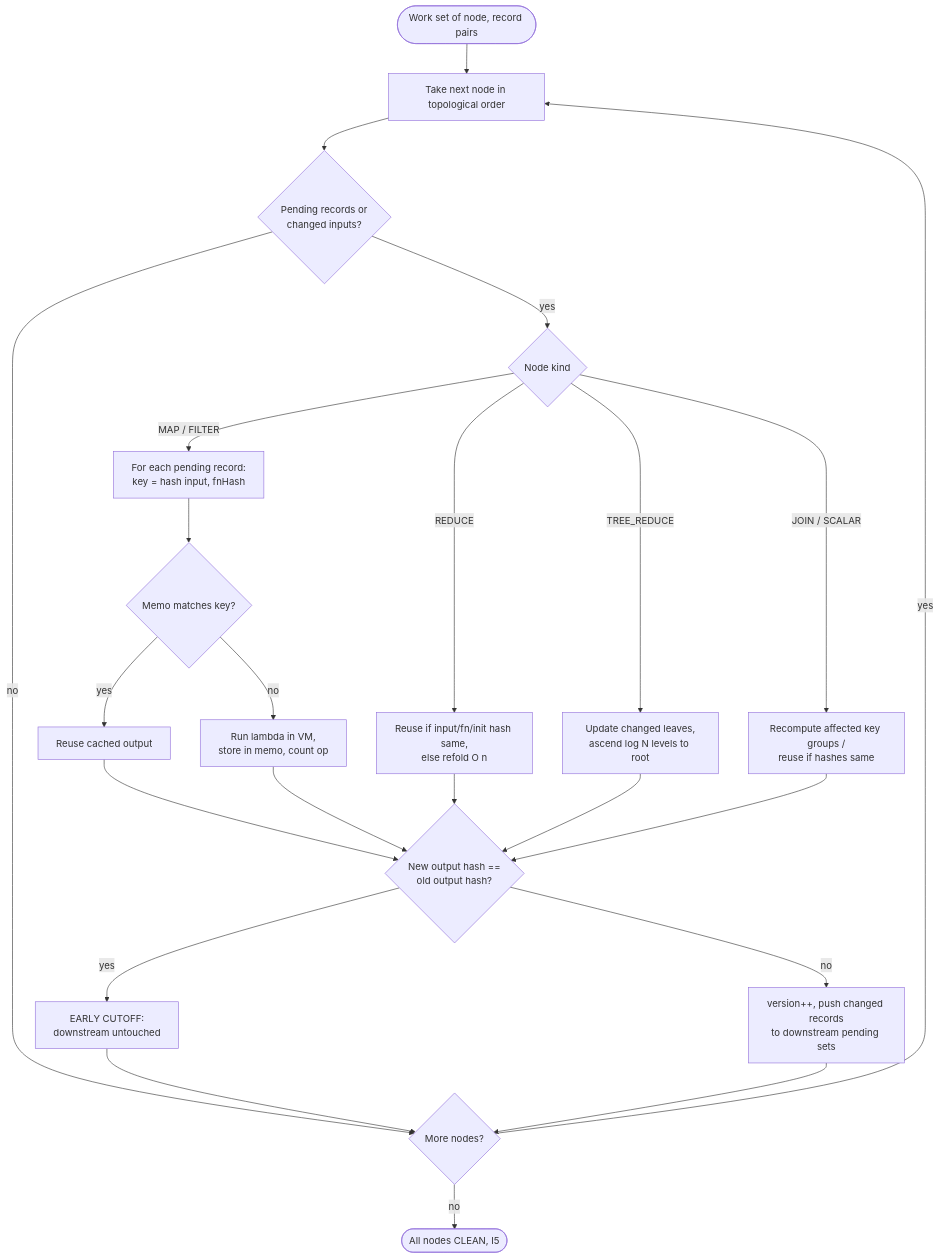
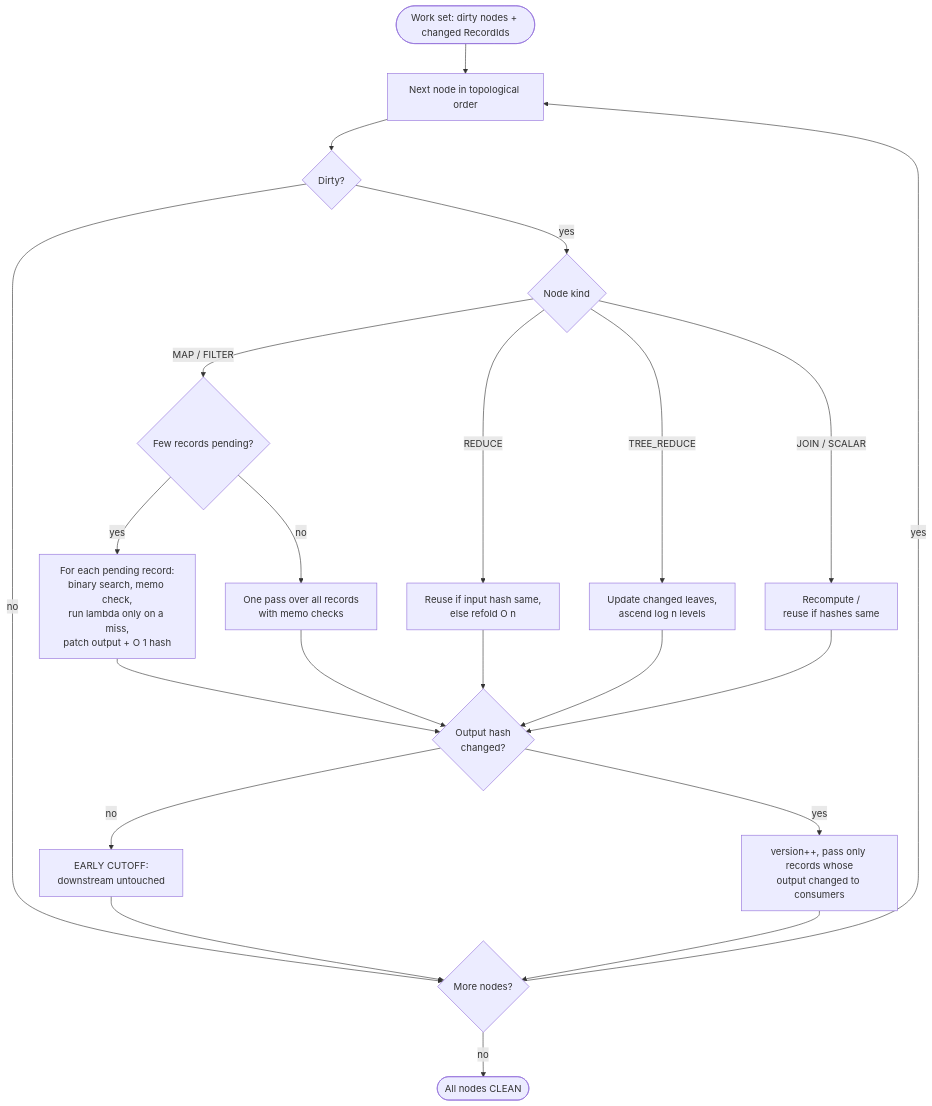
Before and after one commit to sudeep-codes/RetroC: the second of 3 diagrams in PROJECT_REPORT.md, drawn with Mermaid. The commit also changed other lines of this file and 5 other files, not shown here.

````diff
--- a/PROJECT_REPORT.md
+++ b/PROJECT_REPORT.md
@@ -267,27 +262,26 @@
 ```mermaid
 flowchart TD
-    S([Work set of node, record pairs]) --> N[Take next node in topological order]
-    N --> W{Pending records or<br/>changed inputs?}
+    S([Work set: dirty nodes + changed RecordIds]) --> N[Next node in topological order]
+    N --> W{Dirty?}
     W -- no --> NX
     W -- yes --> T{Node kind}
-    T -- MAP / FILTER --> R1[For each pending record:<br/>key = hash input, fnHash]
-    R1 --> R2{Memo matches key?}
-    R2 -- yes --> R3[Reuse cached output]
-    R2 -- no --> R4[Run lambda in VM,<br/>store in memo, count op]
-    T -- REDUCE --> RD[Reuse if input/fn/init hash same,<br/>else refold O n]
-    T -- TREE_REDUCE --> TR[Update changed leaves,<br/>ascend log N levels to root]
-    T -- JOIN / SCALAR --> JS[Recompute affected key groups /<br/>reuse if hashes same]
-    R3 --> H
-    R4 --> H
+    T -- MAP / FILTER --> F1{Few records pending?}
+    F1 -- yes --> P1[For each pending record:<br/>binary search, memo check,<br/>run lambda only on a miss,<br/>patch output + O 1 hash]
+    F1 -- no --> P2[One pass over all records<br/>with memo checks]
+    T -- REDUCE --> RD[Reuse if input hash same,<br/>else refold O n]
+    T -- TREE_REDUCE --> TR[Update changed leaves,<br/>ascend log n levels]
+    T -- JOIN / SCALAR --> JS[Recompute /<br/>reuse if hashes same]
+    P1 --> H
+    P2 --> H
     RD --> H
     TR --> H
     JS --> H
-    H{New output hash ==<br/>old output hash?}
-    H -- yes --> CUT[EARLY CUTOFF:<br/>downstream untouched]
-    H -- no --> V[version++, push changed records<br/>to downstream pending sets]
+    H{Output hash<br/>changed?}
+    H -- no --> CUT[EARLY CUTOFF:<br/>downstream untouched]
+    H -- yes --> V[version++, pass only records whose<br/>output changed to consumers]
     CUT --> NX
     V --> NX
     NX{More nodes?}
     NX -- yes --> N
-    NX -- no --> E([All nodes CLEAN, I5])
+    NX -- no --> E([All nodes CLEAN])
 ```
````
